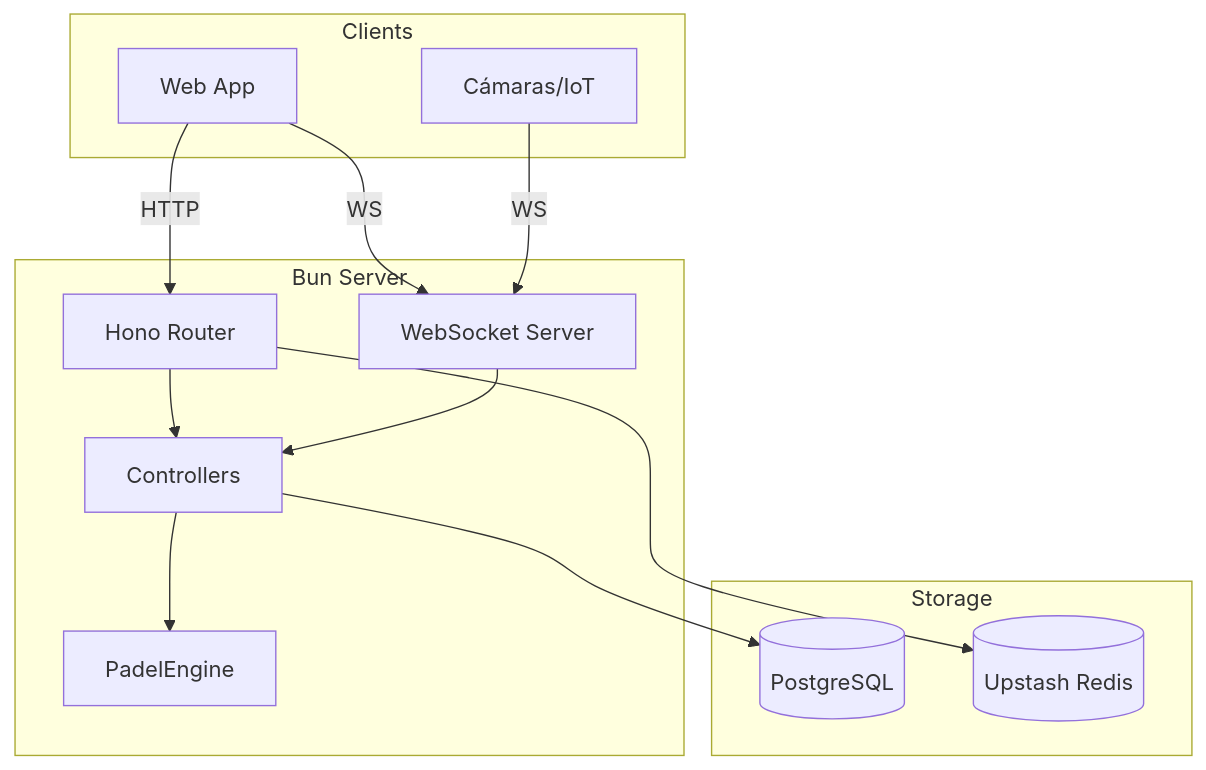
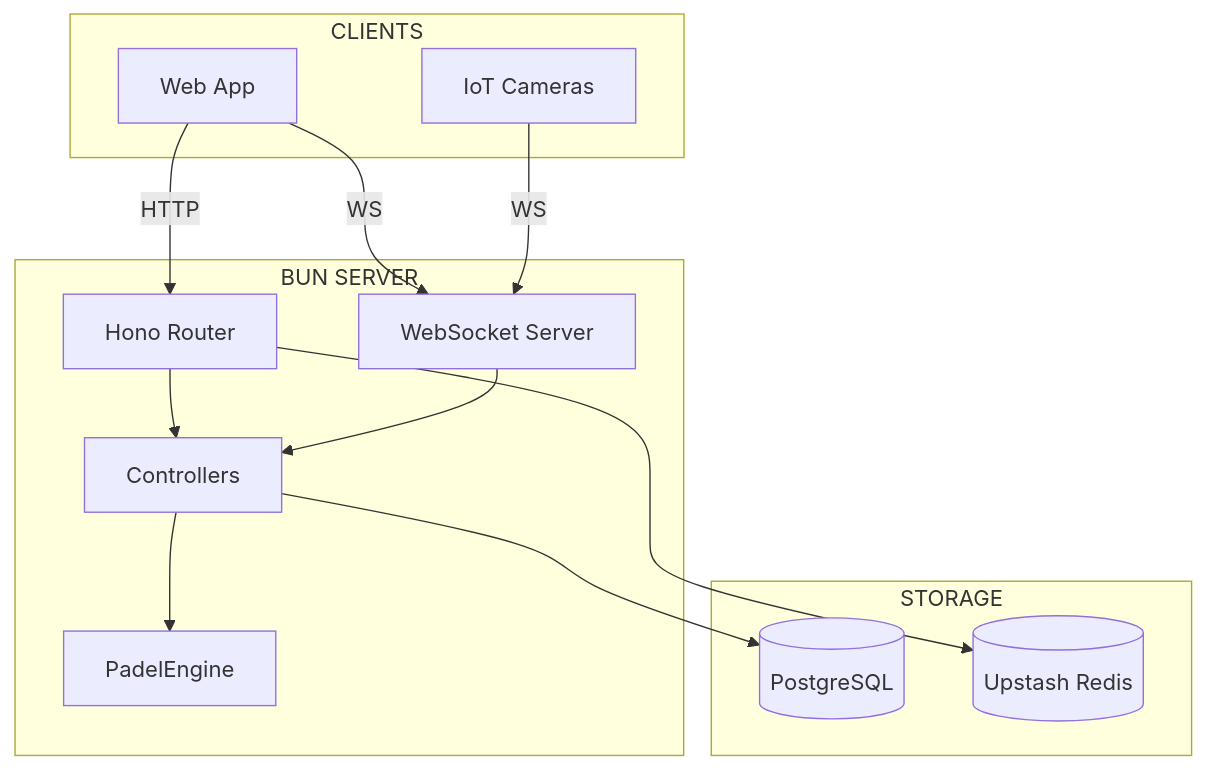
Before and after one commit to samuhlo-training/padel-counters: the first of 7 diagrams in docs/CURRENT_STATE_DOCS.md, drawn with Mermaid. The commit also changed other lines of this file and 21 other files, not shown here.

````diff
--- a/docs/CURRENT_STATE_DOCS.md
+++ b/docs/CURRENT_STATE_DOCS.md
@@ -9,28 +11,28 @@
 ```mermaid
 graph TB
-    subgraph Clients
+    subgraph CLIENTS
         WEB[Web App]
-        IOT[Cámaras/IoT]
+        IOT[IoT Cameras]
     end
 
-    subgraph Server["Bun Server"]
+    subgraph SERVER["BUN SERVER"]
         HONO[Hono Router]
         WS[WebSocket Server]
         CTRL[Controllers]
         ENGINE[PadelEngine]
     end
 
-    subgraph Storage
+    subgraph STORAGE
         PG[(PostgreSQL)]
         REDIS[(Upstash Redis)]
     end
 
     WEB --HTTP--> HONO
     WEB --WS--> WS
     IOT --WS--> WS
     HONO --> CTRL
     WS --> CTRL
     CTRL --> ENGINE
     CTRL --> PG
     HONO --> REDIS
 ```
````
